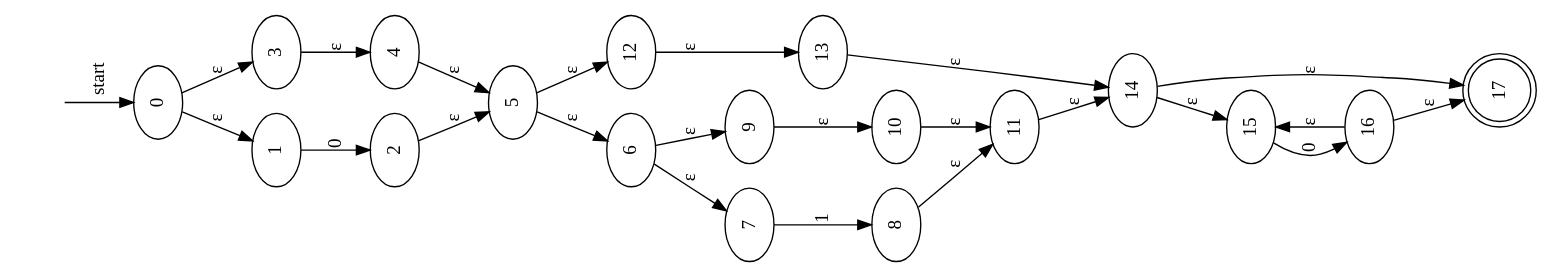
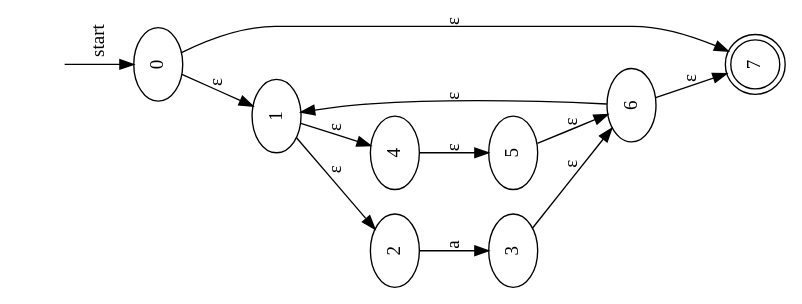
Before and after one commit to EstebanAG1005/LaboratorioA-Dise-o-de-Lenguajes: the diagram in nfa1.gv, drawn with Graphviz. The commit also changed 5 other files, not shown here.

```diff
--- a/nfa1.gv
+++ b/nfa1.gv
@@ -1,44 +1,22 @@
 digraph {
 	graph [rotate=90]
 	"" [shape=none style=invisible]
-	"" -> 0 [label=start labelangle=270]
+	"" -> 0 [label=start]
 	1 [label=1]
 	2 [label=2]
 	3 [label=3]
 	4 [label=4]
 	5 [label=5]
 	6 [label=6]
-	7 [label=7]
-	8 [label=8]
-	9 [label=9]
-	10 [label=10]
-	11 [label=11]
-	12 [label=12]
-	13 [label=13]
-	14 [label=14]
-	15 [label=15]
-	16 [label=16]
-	17 [label=17 shape=doublecircle]
+	7 [label=7 shape=doublecircle]
 	0 -> 1 [label="ε"]
-	0 -> 3 [label="ε"]
-	1 -> 2 [label=0]
-	3 -> 4 [label="ε"]
-	2 -> 5 [label="ε"]
+	0 -> 7 [label="ε"]
+	1 -> 2 [label="ε"]
+	1 -> 4 [label="ε"]
+	2 -> 3 [label=a]
 	4 -> 5 [label="ε"]
+	3 -> 6 [label="ε"]
 	5 -> 6 [label="ε"]
-	5 -> 12 [label="ε"]
+	6 -> 1 [label="ε"]
 	6 -> 7 [label="ε"]
-	6 -> 9 [label="ε"]
-	7 -> 8 [label=1]
-	9 -> 10 [label="ε"]
-	8 -> 11 [label="ε"]
-	10 -> 11 [label="ε"]
-	12 -> 13 [label="ε"]
-	11 -> 14 [label="ε"]
-	13 -> 14 [label="ε"]
-	14 -> 15 [label="ε"]
-	14 -> 17 [label="ε"]
-	15 -> 16 [label=0]
-	16 -> 15 [label="ε"]
-	16 -> 17 [label="ε"]
 }
```
